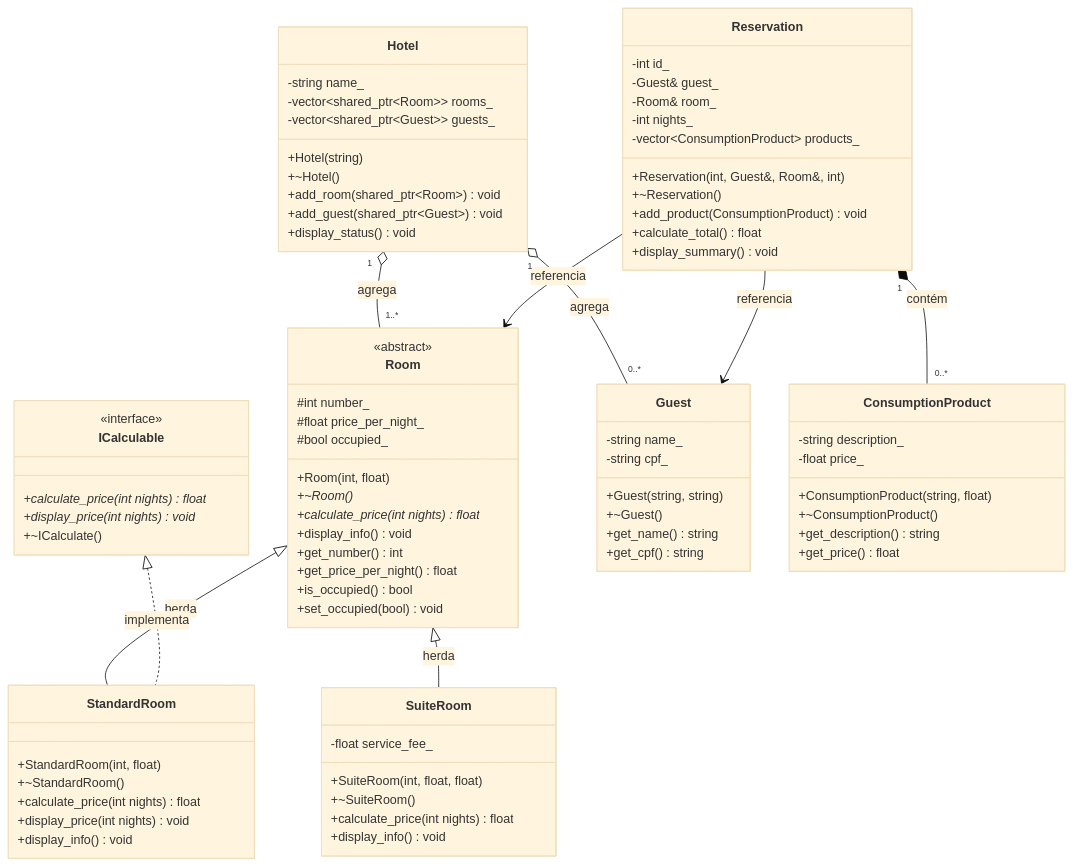
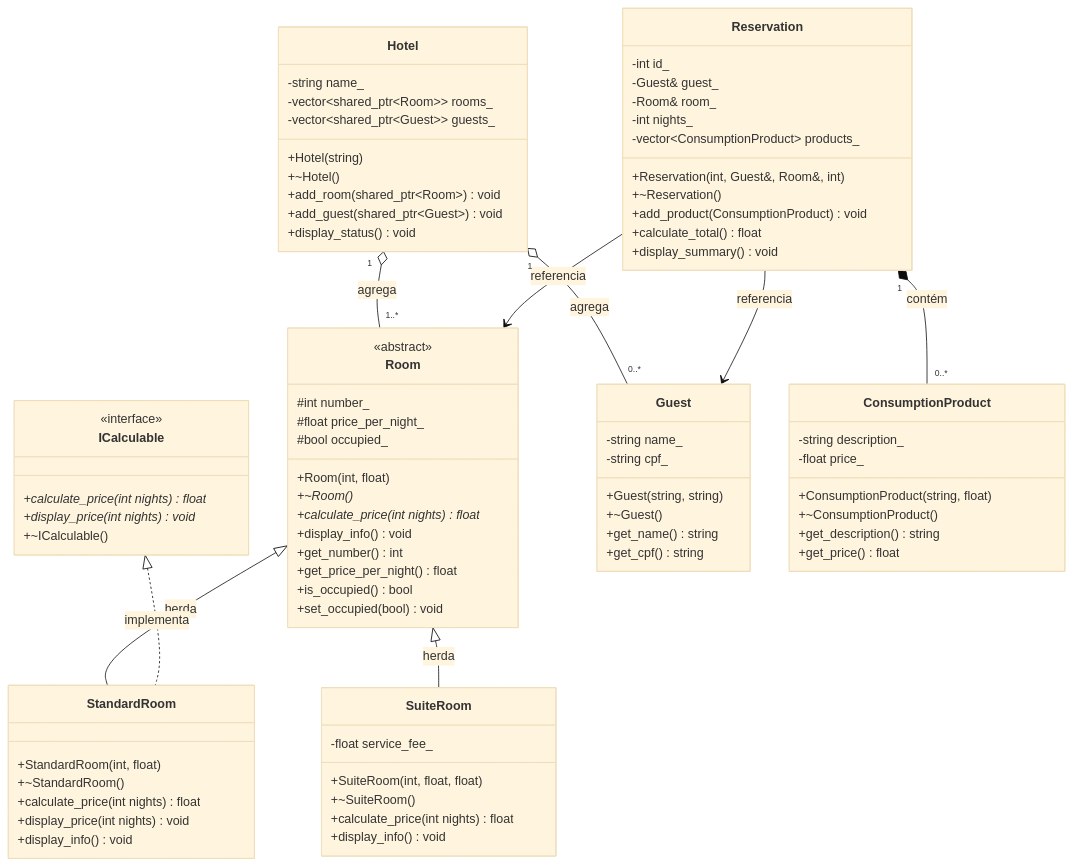
Before and after one commit to DavidysPnts/Projeto_Gestao_Hotel: the diagram in meu_projeto/README.md, drawn with Mermaid (base theme). The commit also changed 31 other files, not shown here.

```diff
--- a/meu_projeto/README.md
+++ b/meu_projeto/README.md
@@ -26,7 +26,7 @@
         <<interface>>
         +calculate_price(int nights) float*
         +display_price(int nights) void*
-        +~ICalculate()
+        +~ICalculable()
     }
 
     class Room {
```
